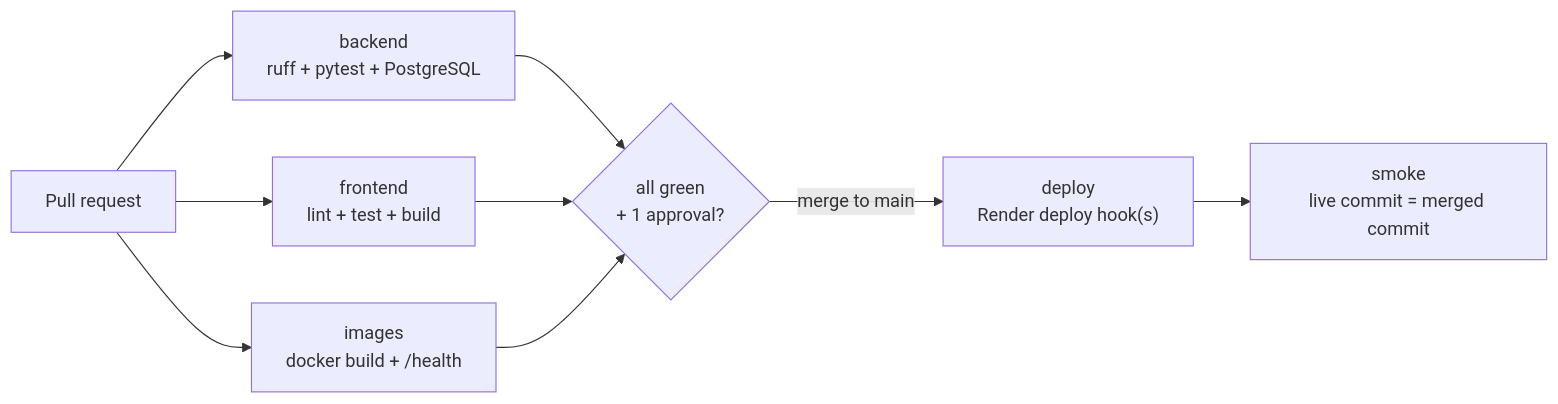
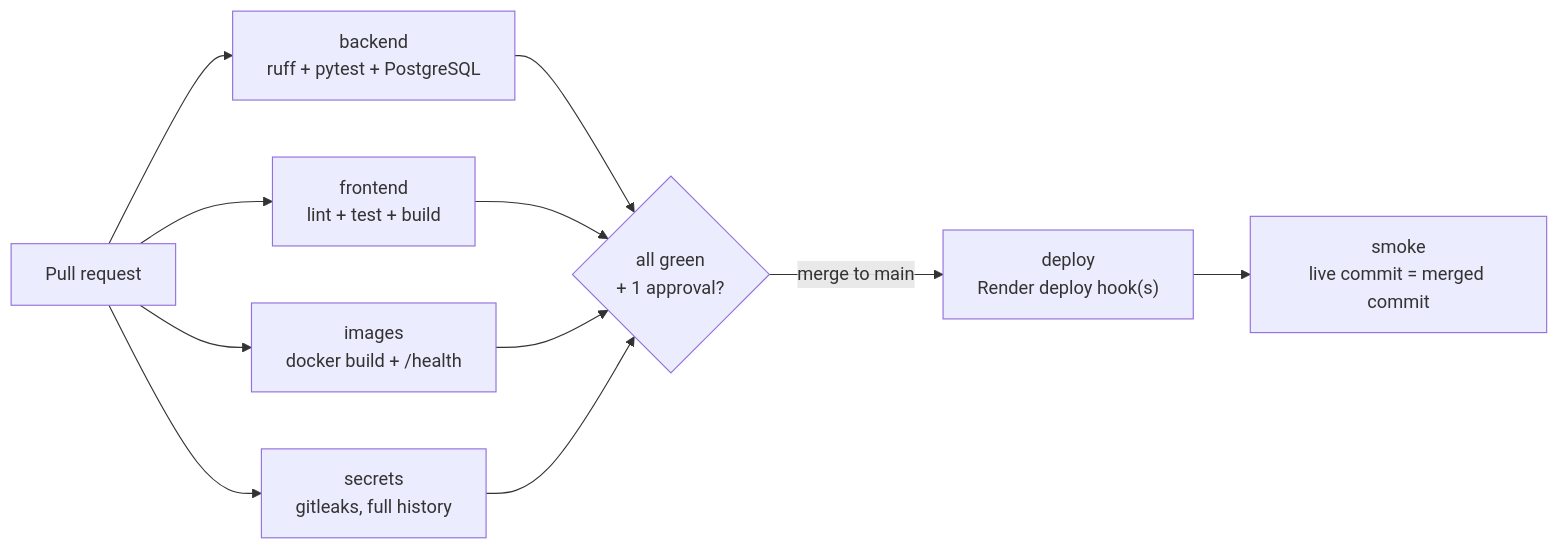
The diagram in README.md (NeitLN/Fair-Share), drawn with Mermaid before and after one commit. The commit also changed other lines of this file, not shown here.

````diff
--- a/README.md
+++ b/README.md
@@ -248,9 +243,10 @@
 ```mermaid
 flowchart LR
     PR["Pull request"] --> B["backend<br/>ruff + pytest + PostgreSQL"]
     PR --> F["frontend<br/>lint + test + build"]
     PR --> I["images<br/>docker build + /health"]
-    B & F & I --> R{"all green<br/>+ 1 approval?"}
+    PR --> X["secrets<br/>gitleaks, full history"]
+    B & F & I & X --> R{"all green<br/>+ 1 approval?"}
     R -- "merge to main" --> D["deploy<br/>Render deploy hook(s)"]
     D --> S["smoke<br/>live commit = merged commit"]
 ```
````
